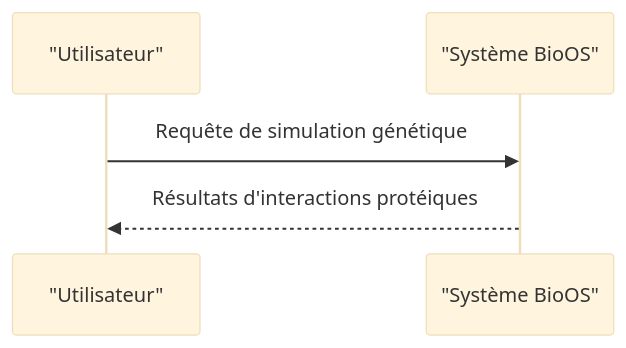
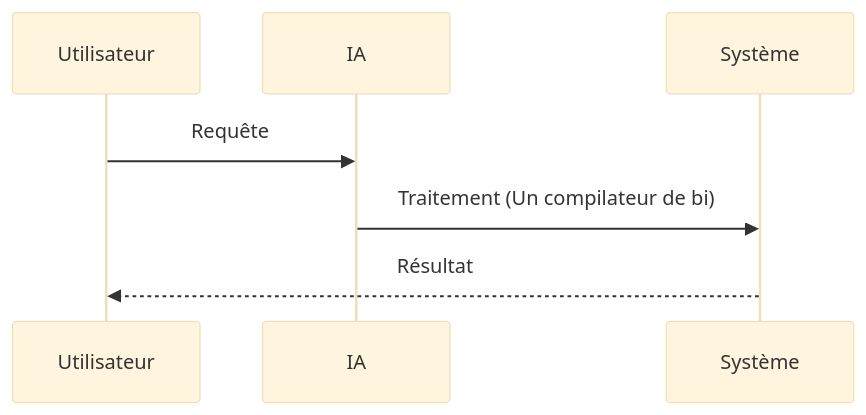
Before and after one commit to flouzzy/top-100-ai-startup-ideas: the second of 2 diagrams in ideas/bio-os-synthetic/README.fr.md, drawn with Mermaid (base theme). The commit also changed other lines of this file and 68 other files, not shown here.

````diff
--- a/ideas/bio-os-synthetic/README.fr.md
+++ b/ideas/bio-os-synthetic/README.fr.md
@@ -37,7 +37,9 @@
 ```mermaid
 sequenceDiagram
-    participant U as "Utilisateur"
-    participant S as "Système BioOS"
-    U->>S: Requête de simulation génétique
-    S-->>U: Résultats d'interactions protéiques
+    participant Utilisateur
+    participant IA
+    participant Système
+    Utilisateur->>IA: Requête
+    IA->>Système: Traitement (Un compilateur de bi)
+    Système-->>Utilisateur: Résultat
 ```
````
